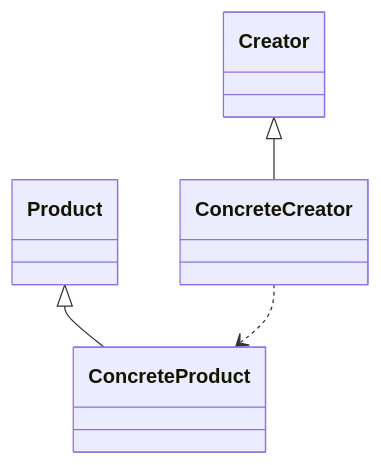
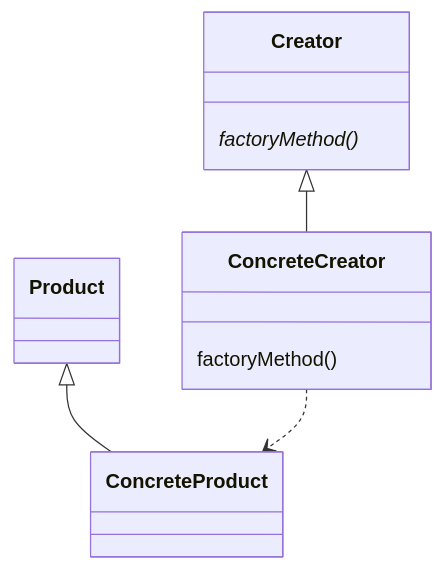
The diagram in Design pattern/README.md (t-mochizuki/cpp-study), drawn with Mermaid before and after one commit.

Commit message:
Add a factoryMethod member

````diff
--- a/Design pattern/README.md
+++ b/Design pattern/README.md
@@ -10,6 +10,15 @@
 ```mermaid
 classDiagram
-     Creator <|-- ConcreteCreator
-     Product <|-- ConcreteProduct
-     ConcreteCreator ..> ConcreteProduct
+
+class Creator {
+  factoryMethod()*
+}
+
+class ConcreteCreator {
+  factoryMethod()
+}
+
+Creator <|-- ConcreteCreator
+Product <|-- ConcreteProduct
+ConcreteCreator ..> ConcreteProduct
 ```
````
